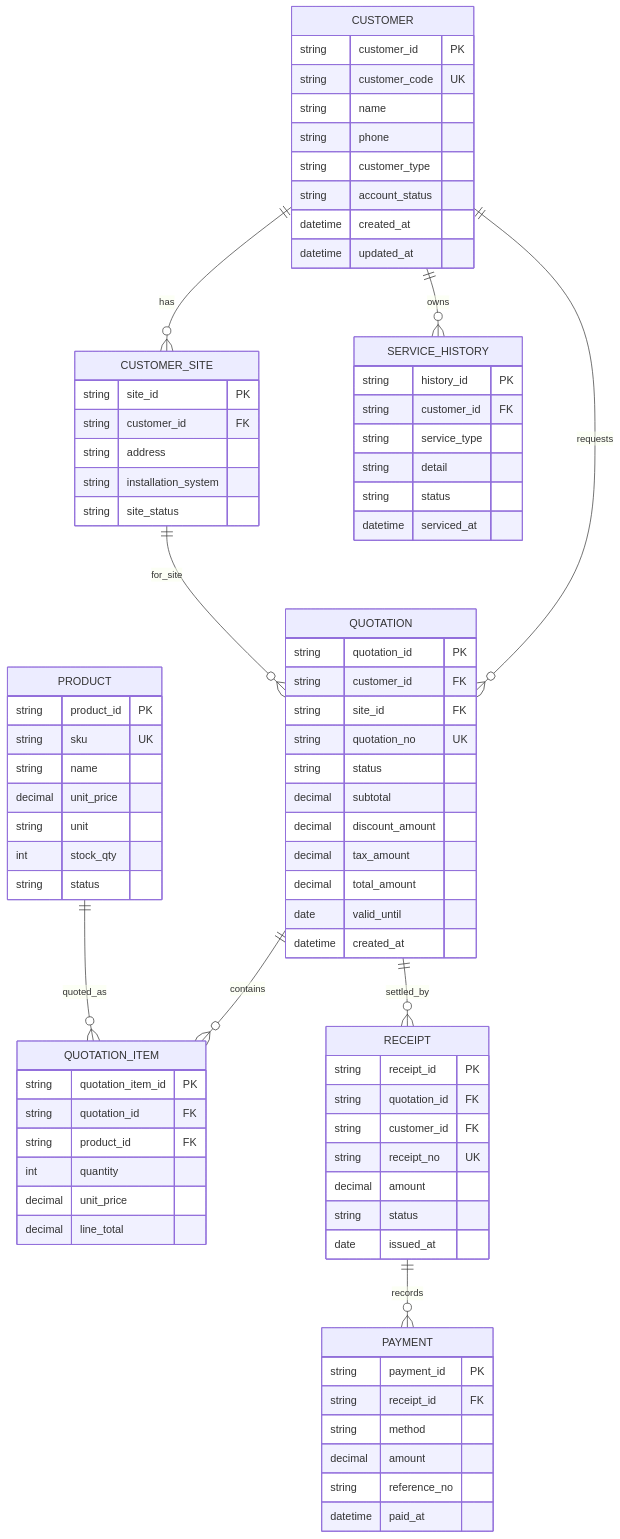
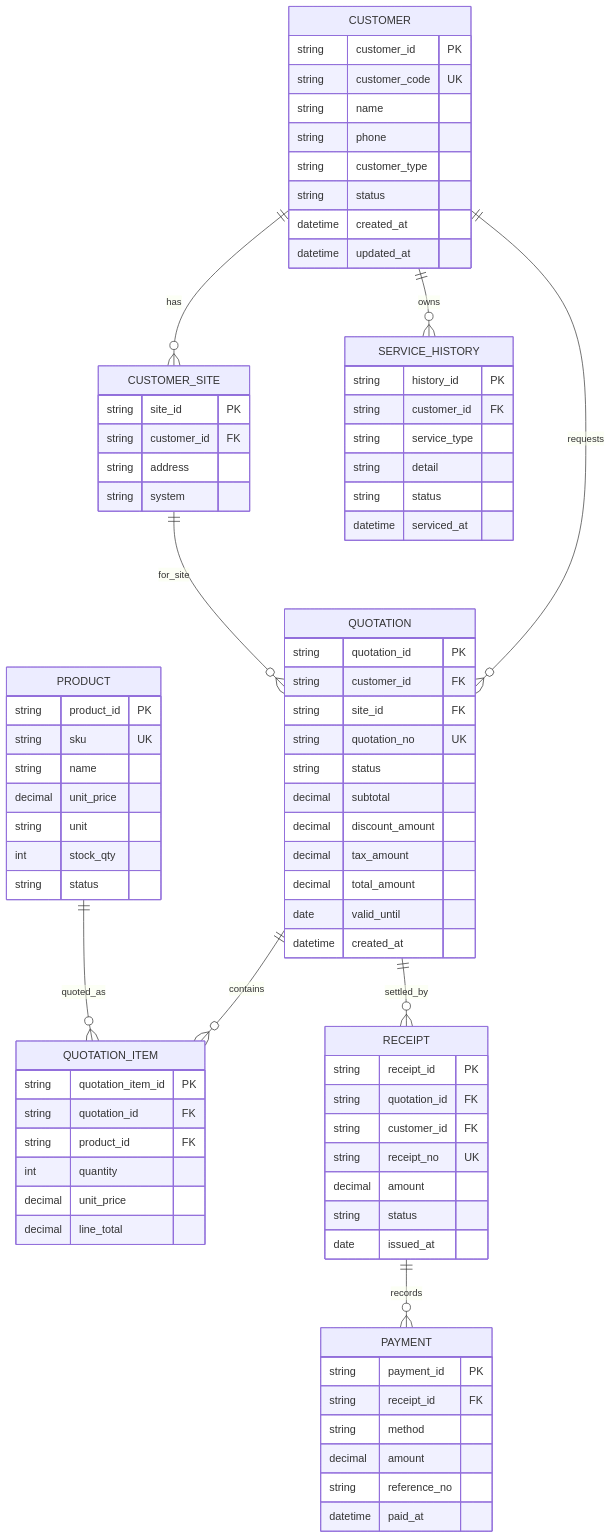
Before and after one commit to Jellyfrist/RTSync: the diagram in Documentations/customer-quote-receipt-erd-mapping.md, drawn with Mermaid. The commit also changed other lines of this file and 4 other files, not shown here.

Commit message:
docs: align ERD mappings with current UI

```diff
--- a/Documentations/customer-quote-receipt-erd-mapping.md
+++ b/Documentations/customer-quote-receipt-erd-mapping.md
@@ -27,7 +27,7 @@
       string name
       string phone
       string customer_type
-      string account_status
+      string status
       datetime created_at
       datetime updated_at
     }
@@ -35,8 +35,7 @@
       string site_id PK
       string customer_id FK
       string address
-      string installation_system
-      string site_status
+      string system
     }
     PRODUCT {
       string product_id PK
```
